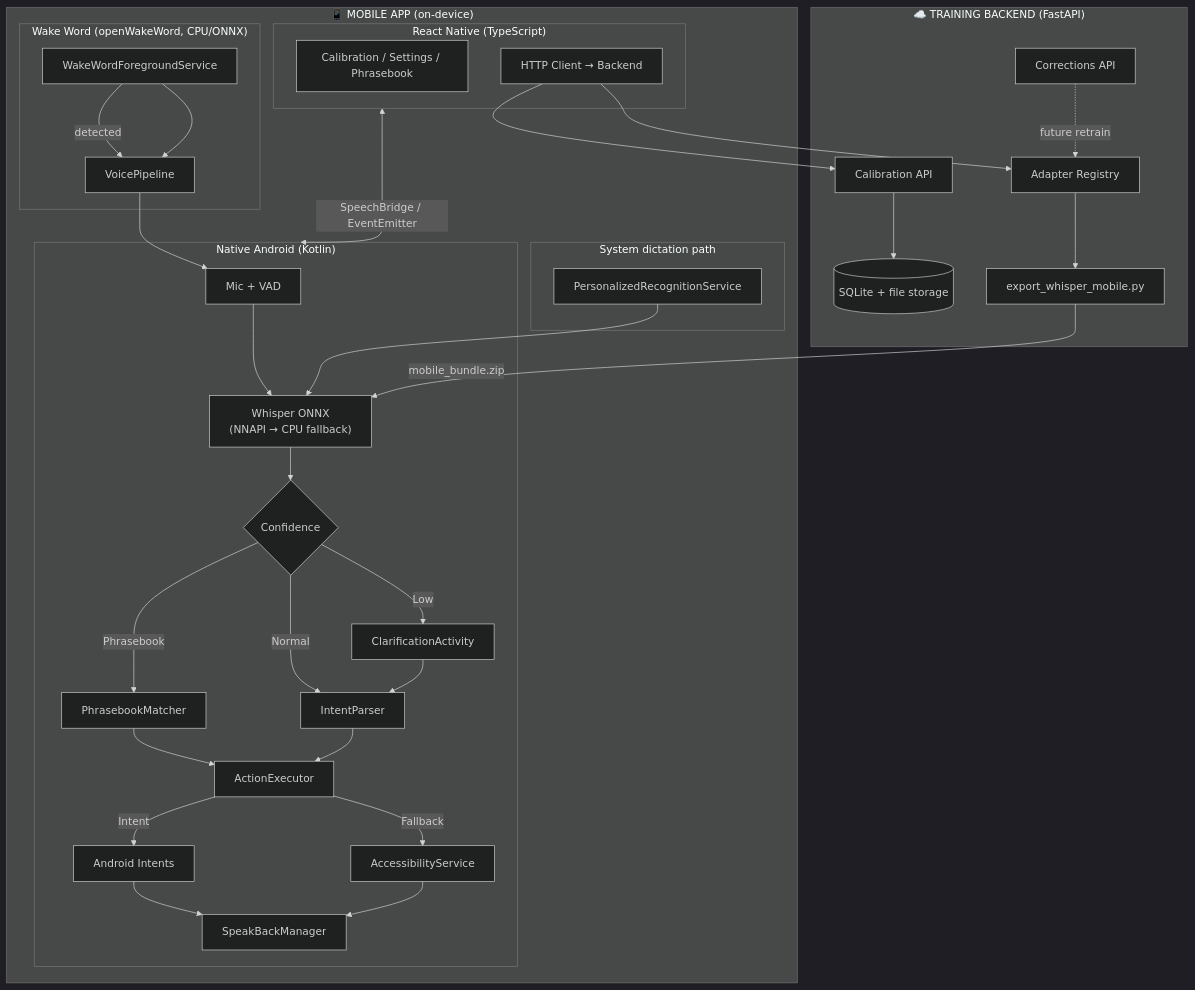
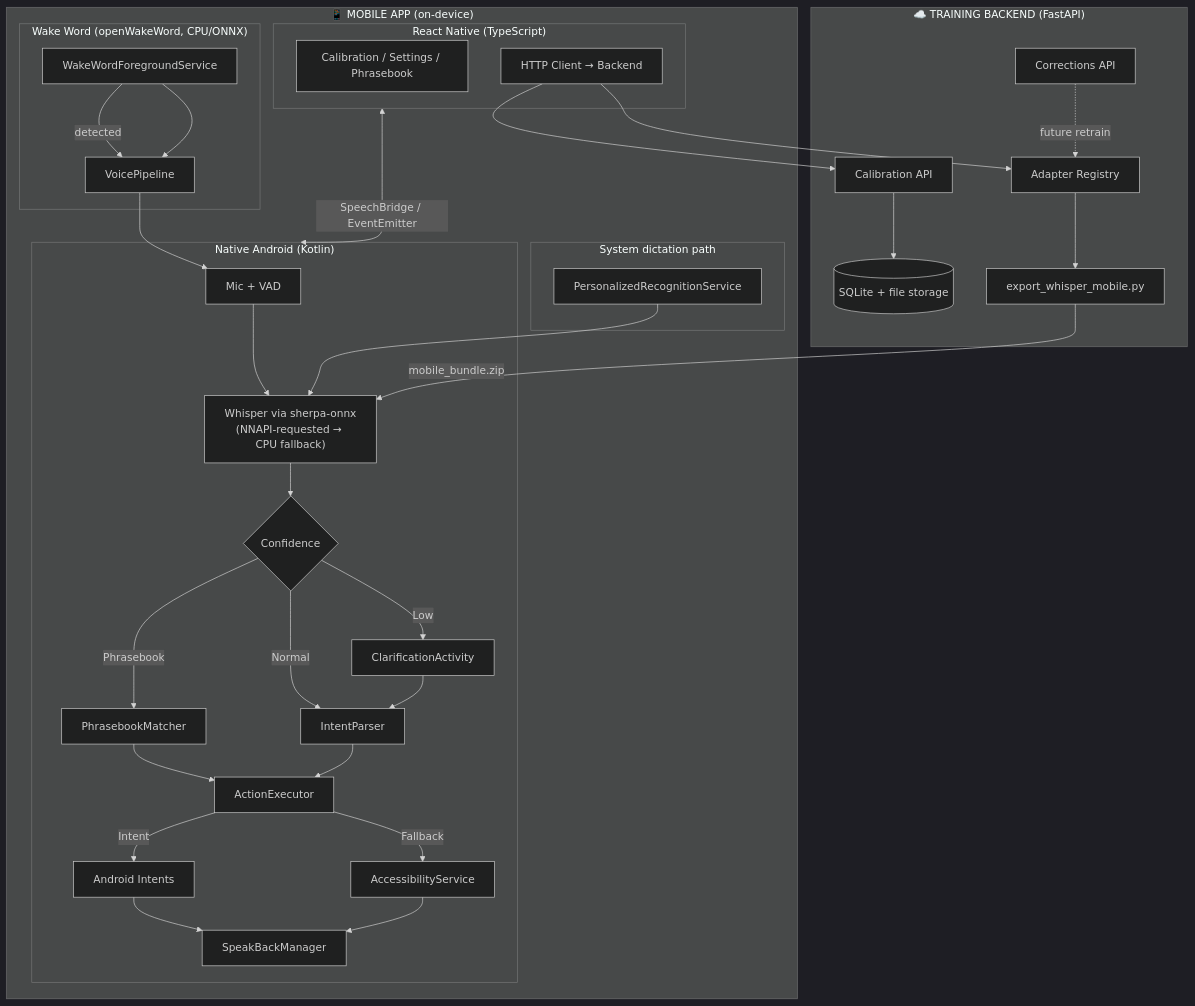
The first of 6 diagrams in README.md (Anushka13-bit/Vaani), drawn with Mermaid (dark theme) before and after one commit. The commit also changed other lines of this file, not shown here.

First line of the commit message:
Update README with the full sherpa-onnx/wake-word architecture

````diff
--- a/README.md
+++ b/README.md
@@ -65,45 +66,45 @@
 ```mermaid
 flowchart TB
     subgraph Device["📱 MOBILE APP (on-device)"]
         subgraph RN["React Native (TypeScript)"]
             UI[Calibration / Settings / Phrasebook]
             NET[HTTP Client → Backend]
         end
 
         subgraph Wake["Wake Word (openWakeWord, CPU/ONNX)"]
             WW[WakeWordForegroundService] -->|detected| VP[VoicePipeline]
         end
 
         subgraph Native["Native Android (Kotlin)"]
-            MIC[Mic + VAD] --> STT["Whisper ONNX<br/>(NNAPI → CPU fallback)"]
+            MIC[Mic + VAD] --> STT["Whisper via sherpa-onnx<br/>(NNAPI-requested → CPU fallback)"]
             STT --> CONF{Confidence}
             CONF -->|Low| CLAR[ClarificationActivity]
             CONF -->|Phrasebook| PB[PhrasebookMatcher]
             CONF -->|Normal| NLU[IntentParser]
             CLAR --> NLU
             PB --> EXEC[ActionExecutor]
             NLU --> EXEC
             EXEC -->|Intent| INT[Android Intents]
             EXEC -->|Fallback| ACC[AccessibilityService]
             INT --> TTS[SpeakBackManager]
             ACC --> TTS
         end
 
         subgraph SysDict["System dictation path"]
             RS[PersonalizedRecognitionService] --> STT
         end
 
         RN <-->|SpeechBridge / EventEmitter| Native
         WW --> VP --> MIC
     end
 
     subgraph Backend["☁️ TRAINING BACKEND (FastAPI)"]
         CAL[Calibration API] --> STORE[(SQLite + file storage)]
         ADP[Adapter Registry] --> EXPORT[export_whisper_mobile.py]
         EXPORT -->|mobile_bundle.zip| STT
         CORR[Corrections API] -.future retrain.-> ADP
     end
 
     NET --> CAL
     NET --> ADP
 ```
````
